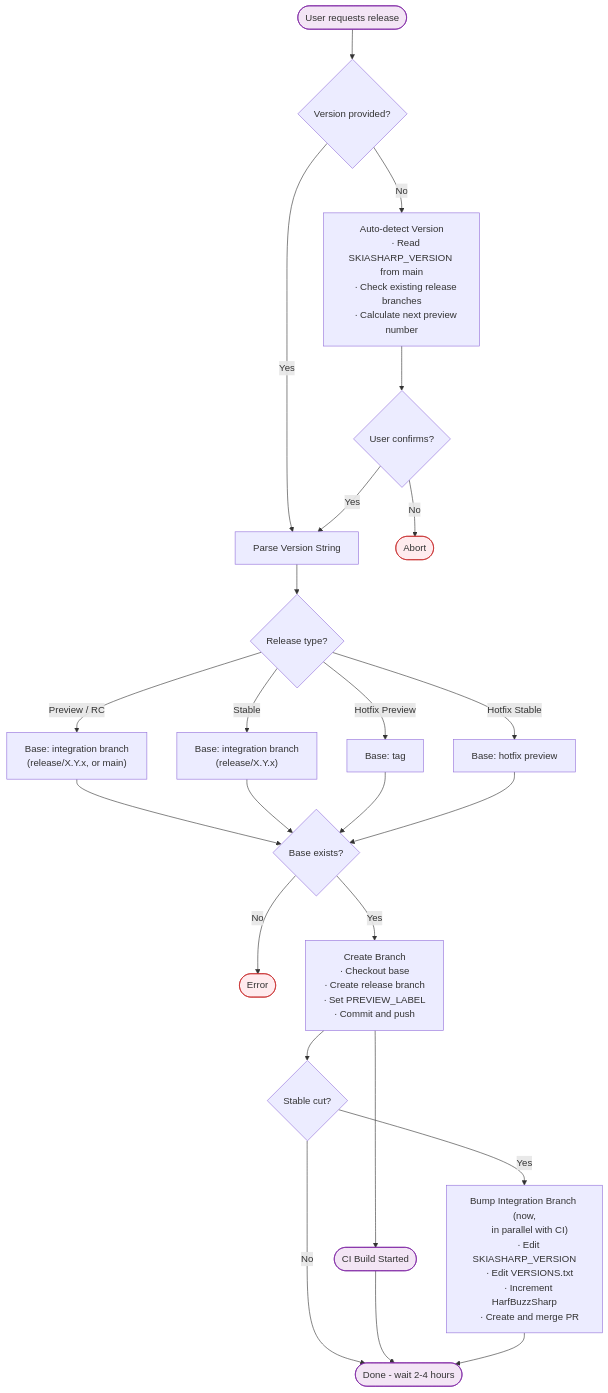
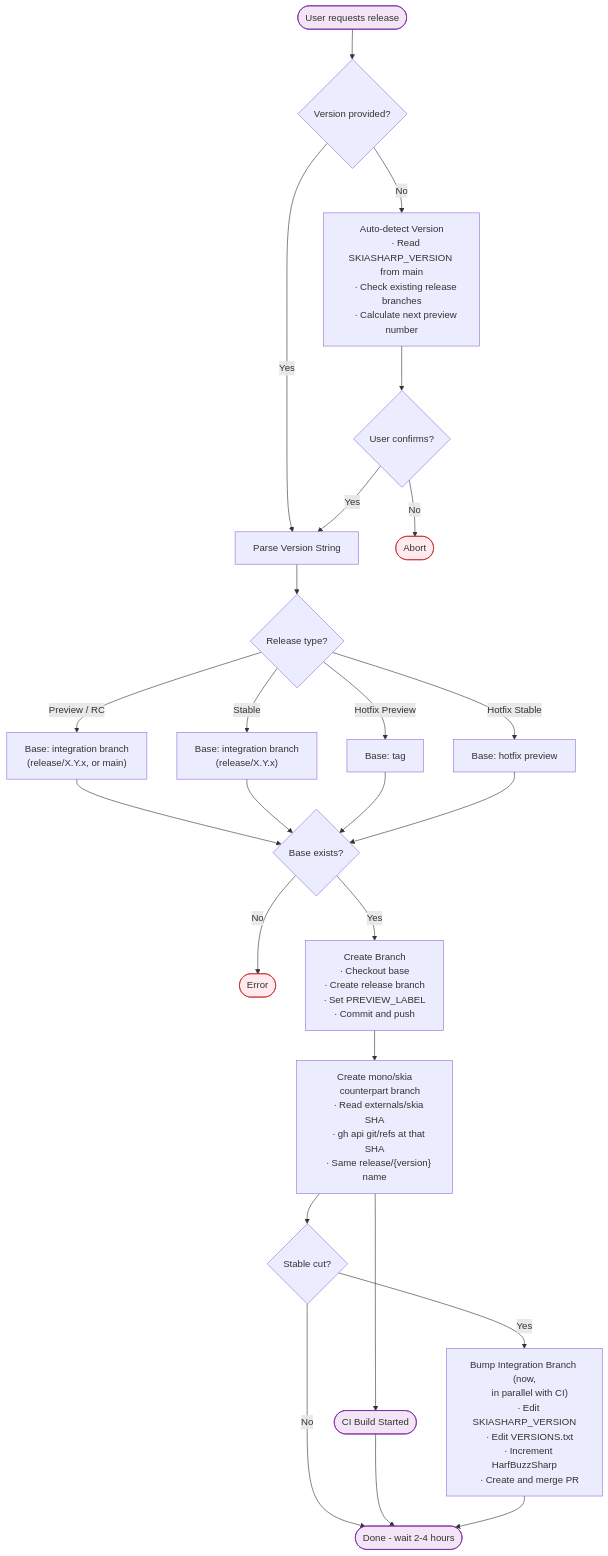
The first of 3 diagrams in documentation/dev/releasing.md (mono/SkiaSharp), drawn with Mermaid before and after one commit. The commit also changed other lines of this file and 2 other files, not shown here.

First line of the commit message:
Add mono/skia counterpart branching to release-branch skill

````diff
--- a/documentation/dev/releasing.md
+++ b/documentation/dev/releasing.md
@@ -97,59 +108,66 @@
 ```mermaid
 flowchart TB
     START([User requests release]) --> PROVIDED{Version provided?}
     
     PROVIDED -->|Yes| PARSE
     PROVIDED -->|No| AUTO
     
     AUTO["Auto-detect Version
     ∙ Read SKIASHARP_VERSION from main
     ∙ Check existing release branches
     ∙ Calculate next preview number"]
     
     AUTO --> CONFIRM{User confirms?}
     CONFIRM -->|No| ABORT([Abort])
     CONFIRM -->|Yes| PARSE
     
     PARSE["Parse Version String"] --> TYPE{Release type?}
     
     TYPE -->|Preview / RC| BASE_INTEG["Base: integration branch
     (release/X.Y.x, or main)"]
     TYPE -->|Stable| BASE_STABLE["Base: integration branch
     (release/X.Y.x)"]
     TYPE -->|Hotfix Preview| BASE_TAG["Base: tag"]
     TYPE -->|Hotfix Stable| BASE_HOTFIX["Base: hotfix preview"]
     
     BASE_INTEG --> EXISTS{Base exists?}
     BASE_STABLE --> EXISTS
     BASE_TAG --> EXISTS
     BASE_HOTFIX --> EXISTS
     EXISTS -->|No| ERROR([Error])
     
     EXISTS -->|Yes| CREATE
     
     CREATE["Create Branch
     ∙ Checkout base
     ∙ Create release branch
     ∙ Set PREVIEW_LABEL
     ∙ Commit and push"]
     
-    CREATE --> CI([CI Build Started])
-    CREATE --> IS_STABLE{Stable cut?}
+    CREATE --> SKIA
+    SKIA["Create mono/skia
+    counterpart branch
+    ∙ Read externals/skia SHA
+    ∙ gh api git/refs at that SHA
+    ∙ Same release/{version} name"]
+
+    SKIA --> CI([CI Build Started])
+    SKIA --> IS_STABLE{Stable cut?}
     IS_STABLE -->|No| DONE([Done - wait 2-4 hours])
     IS_STABLE -->|Yes| BUMP
 
     BUMP["Bump Integration Branch (now,
     in parallel with CI)
     ∙ Edit SKIASHARP_VERSION
     ∙ Edit VERSIONS.txt
     ∙ Increment HarfBuzzSharp
     ∙ Create and merge PR"]
     
     CI --> DONE
     BUMP --> DONE
 
     classDef error fill:#ffebee,stroke:#c62828
     classDef endpoint fill:#f3e5f5,stroke:#7b1fa2
     class ABORT,ERROR error
     class START,CI,DONE endpoint
 ```
````
